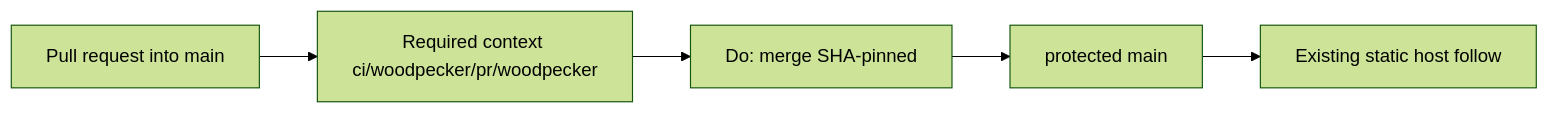
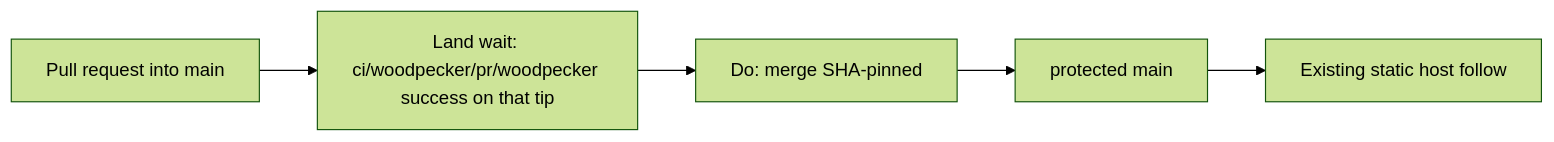
One commit to PlasticDigits/tradair-landing changed the second of 2 diagrams in docs/architecture.md. Above: the diagram before and after it, drawn with Mermaid (forest theme). The commit also changed other lines of this file and 1 other file, not shown here.

First line of the commit message:
docs: revise ADR 0001 land vehicle against live Forgejo state.

````diff
--- a/docs/architecture.md
+++ b/docs/architecture.md
@@ -131,7 +162,7 @@
 ```mermaid
 flowchart LR
-  PR[Pull request into main] --> WP[Required context ci/woodpecker/pr/woodpecker]
+  PR[Pull request into main] --> WP["Land wait: ci/woodpecker/pr/woodpecker success on that tip"]
   WP --> MERGE[Do: merge SHA-pinned]
   MERGE --> MAIN[protected main]
   MAIN --> HOST[Existing static host follow]
 ```
````
